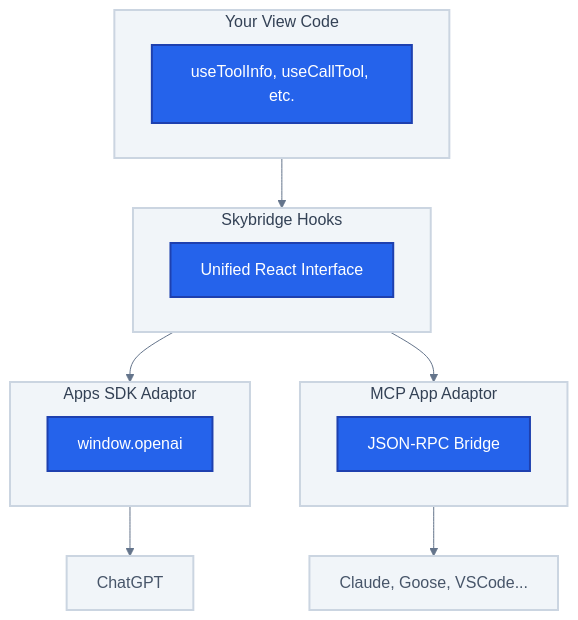
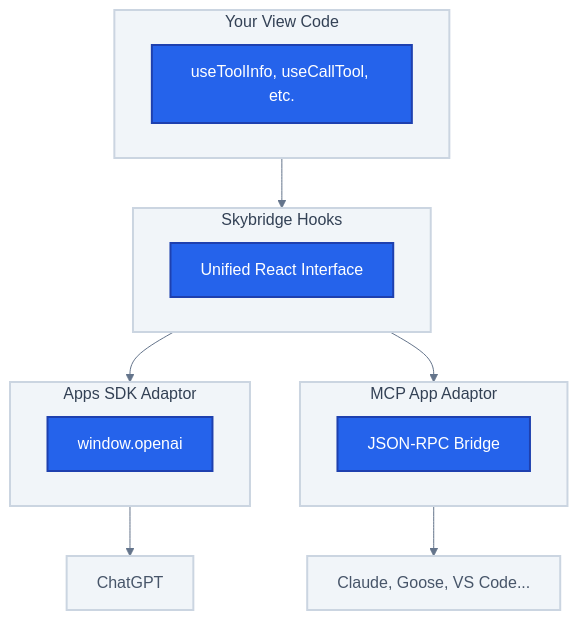
Before and after one commit to alpic-ai/skybridge: the diagram in docs/concepts/write-once-run-everywhere.mdx, drawn with Mermaid. The commit also changed other lines of this file and 7 other files, not shown here.

````diff
--- a/docs/concepts/write-once-run-everywhere.mdx
+++ b/docs/concepts/write-once-run-everywhere.mdx
@@ -22,38 +22,38 @@
 ```mermaid
 %%{init: {'theme': 'base', 'themeVariables': { 'primaryColor': '#2563EB', 'primaryTextColor': '#fff', 'primaryBorderColor': '#1e40af', 'lineColor': '#64748b', 'secondaryColor': '#3B82F6', 'tertiaryColor': '#dbeafe' }}}%%
 flowchart TB
     subgraph Code["Your View Code"]
         Hooks["useToolInfo, useCallTool, etc."]
     end
 
     Code --> Skybridge
 
     subgraph Skybridge["Skybridge Hooks"]
         Unified["Unified React Interface"]
     end
 
     Skybridge --> AppsSdk
     Skybridge --> McpApp
 
     subgraph AppsSdk["Apps SDK Adaptor"]
         OpenAI["window.openai"]
     end
 
     subgraph McpApp["MCP App Adaptor"]
         JsonRpc["JSON-RPC Bridge"]
     end
 
     AppsSdk --> ChatGPT["ChatGPT"]
-    McpApp --> McpClients["Claude, Goose, VSCode..."]
+    McpApp --> McpClients["Claude, Goose, VS Code..."]
 
     style Code fill:#f1f5f9,stroke:#cbd5e1,stroke-width:2px,color:#334155
     style Skybridge fill:#f1f5f9,stroke:#cbd5e1,stroke-width:2px,color:#334155
     style AppsSdk fill:#f1f5f9,stroke:#cbd5e1,stroke-width:2px,color:#334155
     style McpApp fill:#f1f5f9,stroke:#cbd5e1,stroke-width:2px,color:#334155
     style ChatGPT fill:#f1f5f9,stroke:#cbd5e1,stroke-width:2px,color:#475569
     style McpClients fill:#f1f5f9,stroke:#cbd5e1,stroke-width:2px,color:#475569
     style Hooks fill:#2563EB,stroke:#1e40af,stroke-width:2px,color:#fff
     style Unified fill:#2563EB,stroke:#1e40af,stroke-width:2px,color:#fff
     style OpenAI fill:#2563EB,stroke:#1e40af,stroke-width:2px,color:#fff
     style JsonRpc fill:#2563EB,stroke:#1e40af,stroke-width:2px,color:#fff
 ```
````
